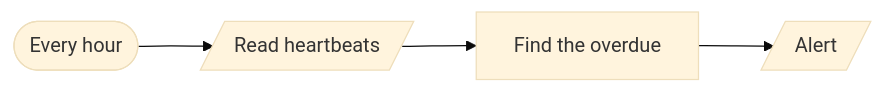
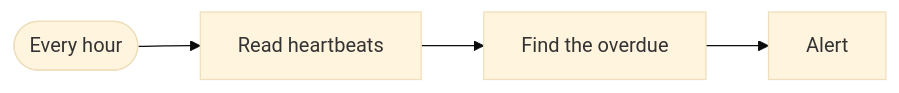
One commit to kimjoshuadr/n8n-workflows changed the sixth of 6 diagrams in shared/README.md. Above: the diagram before and after it, drawn with Mermaid (base theme). The commit also changed other lines of this file and 179 other files, not shown here.

````diff
--- a/shared/README.md
+++ b/shared/README.md
@@ -216,10 +232,10 @@
 ```mermaid
 flowchart LR
   n17e3ltc(["Every hour"])
-  nzoldq2[/"Read heartbeats"/]
+  nzoldq2["Read heartbeats"]
   n1oza5o1["Find the overdue"]
-  n4d13md[/"Alert"/]
+  n4d13md["Alert"]
   n17e3ltc --> nzoldq2
   nzoldq2 --> n1oza5o1
   n1oza5o1 --> n4d13md
 ```
````
